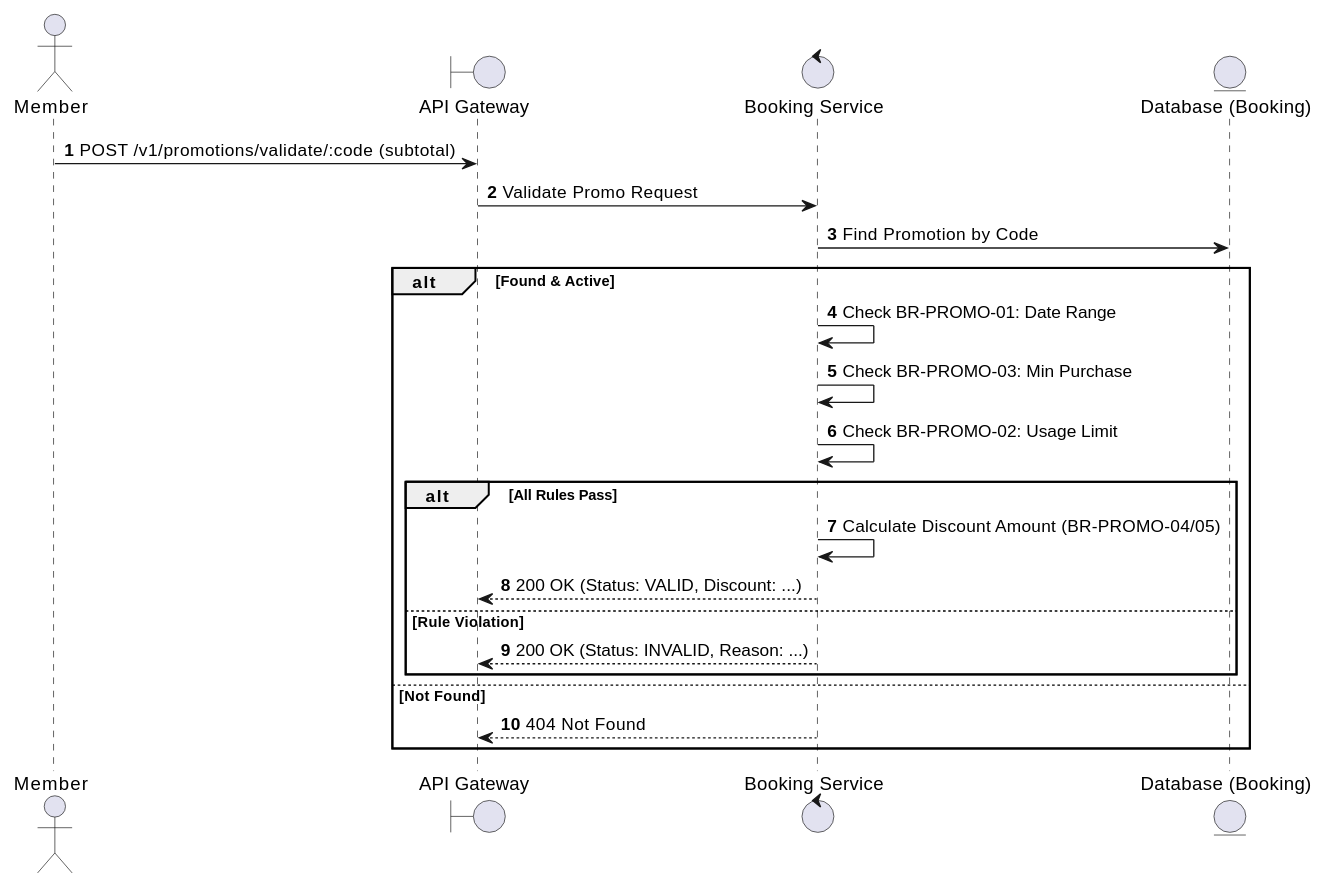
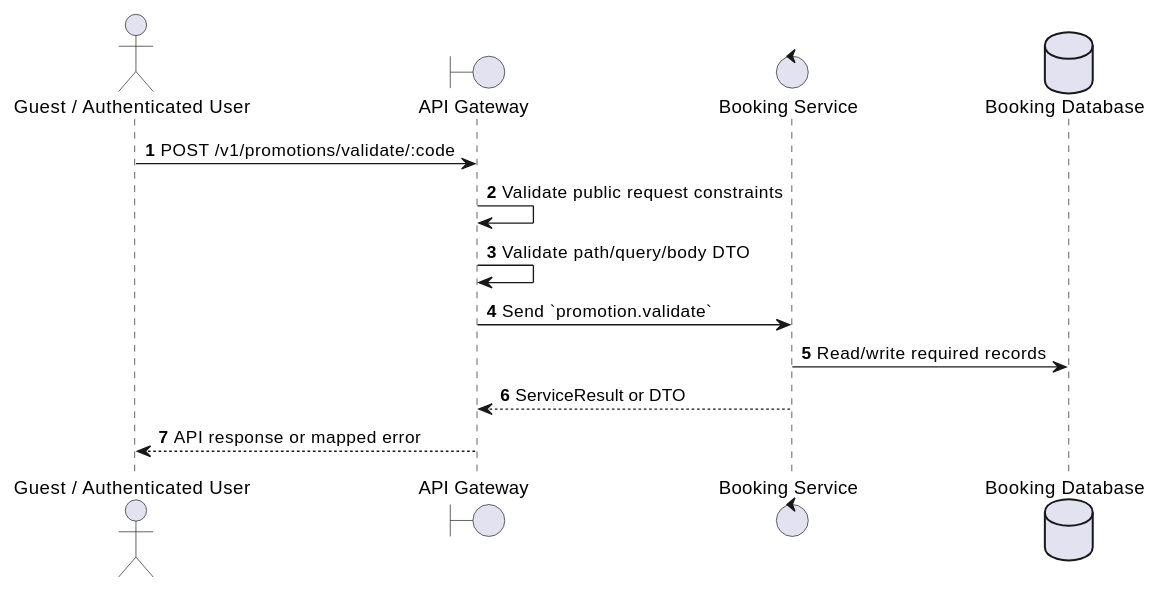
Before and after one commit to Tanh1603/movie-hub-architecture: the first of 2 diagrams in docs/functional_specs/3.10_Promotions_Discounts_Module/PM-04_Validate_Promotion_Code.md, drawn with PlantUML. The commit also changed other lines of this file and 126 other files, not shown here.

````diff
--- a/docs/functional_specs/3.10_Promotions_Discounts_Module/PM-04_Validate_Promotion_Code.md
+++ b/docs/functional_specs/3.10_Promotions_Discounts_Module/PM-04_Validate_Promotion_Code.md
@@ -17,26 +17,17 @@
 ```plantuml
 @startuml
 autonumber
-actor Member
+actor "Guest / Authenticated User" as Actor
 boundary "API Gateway" as GW
-control "Booking Service" as BS
-entity "Database (Booking)" as DB
+control "Booking Service" as SVC
+database "Booking Database" as DB
 
-Member -> GW: POST /v1/promotions/validate/:code (subtotal)
-GW -> BS: Validate Promo Request
-BS -> DB: Find Promotion by Code
-alt Found & Active
-    BS -> BS: Check BR-PROMO-01: Date Range
-    BS -> BS: Check BR-PROMO-03: Min Purchase
-    BS -> BS: Check BR-PROMO-02: Usage Limit
-    alt All Rules Pass
-        BS -> BS: Calculate Discount Amount (BR-PROMO-04/05)
-        BS --> GW: 200 OK (Status: VALID, Discount: ...)
-    else Rule Violation
-        BS --> GW: 200 OK (Status: INVALID, Reason: ...)
-    end
-else Not Found
-    BS --> GW: 404 Not Found
-end
+Actor -> GW: POST /v1/promotions/validate/:code
+GW -> GW: Validate public request constraints
+GW -> GW: Validate path/query/body DTO
+GW -> SVC: Send `promotion.validate`
+SVC -> DB: Read/write required records
+SVC --> GW: ServiceResult or DTO
+GW --> Actor: API response or mapped error
 @enduml
 ```
````
